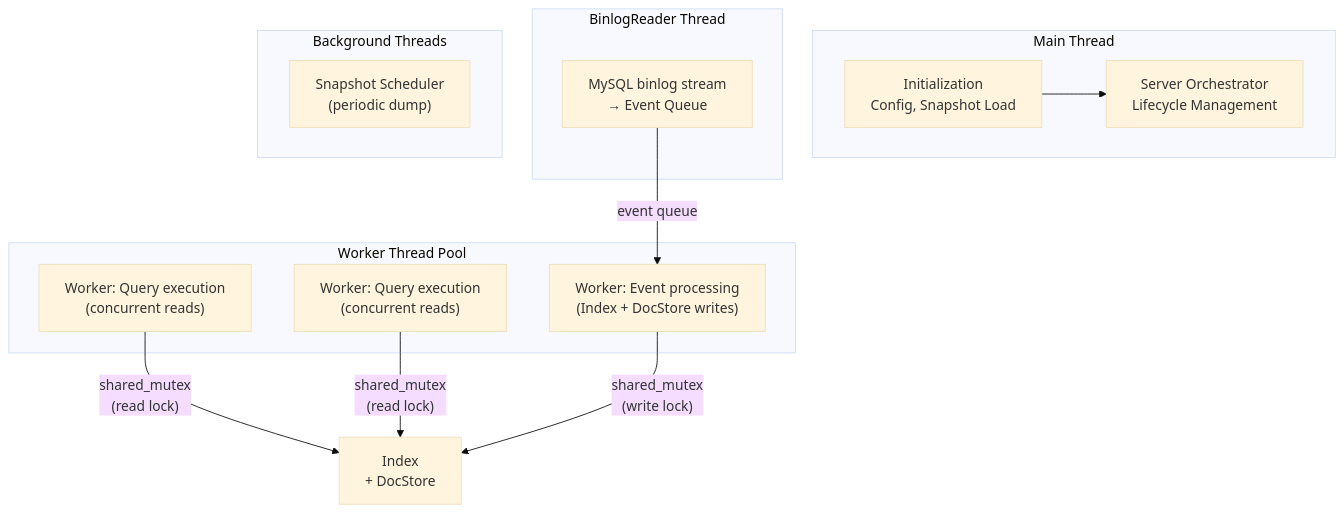
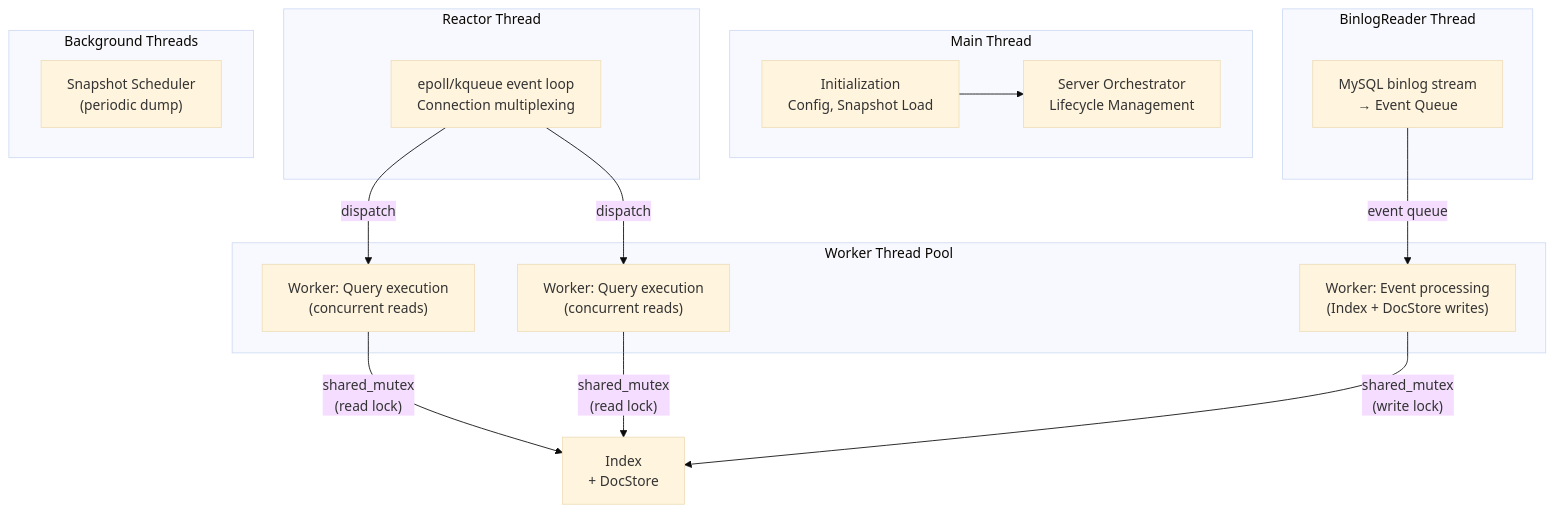
The fourth of 6 diagrams in src/docs/architecture.md (libraz/mygramdb-homepage), drawn with Mermaid (base theme) before and after one commit. The commit also changed other lines of this file and 8 other files, not shown here.

````diff
--- a/src/docs/architecture.md
+++ b/src/docs/architecture.md
@@ -84,23 +86,28 @@
 ```mermaid
 flowchart TD
     subgraph "Main Thread"
         INIT["Initialization\nConfig, Snapshot Load"]
         ORCH["Server Orchestrator\nLifecycle Management"]
+    end
+    subgraph "Reactor Thread"
+        EV["epoll/kqueue event loop\nConnection multiplexing"]
     end
     subgraph "BinlogReader Thread"
         BL["MySQL binlog stream\n→ Event Queue"]
     end
     subgraph "Worker Thread Pool"
         W1["Worker: Event processing\n(Index + DocStore writes)"]
         W2["Worker: Query execution\n(concurrent reads)"]
         W3["Worker: Query execution\n(concurrent reads)"]
     end
     subgraph "Background Threads"
         SS["Snapshot Scheduler\n(periodic dump)"]
     end
     INIT --> ORCH
+    EV -->|"dispatch"| W2
+    EV -->|"dispatch"| W3
     BL -->|"event queue"| W1
     W2 -->|"shared_mutex\n(read lock)"| IDX["Index\n+ DocStore"]
     W3 -->|"shared_mutex\n(read lock)"| IDX
     W1 -->|"shared_mutex\n(write lock)"| IDX
 ```
````
